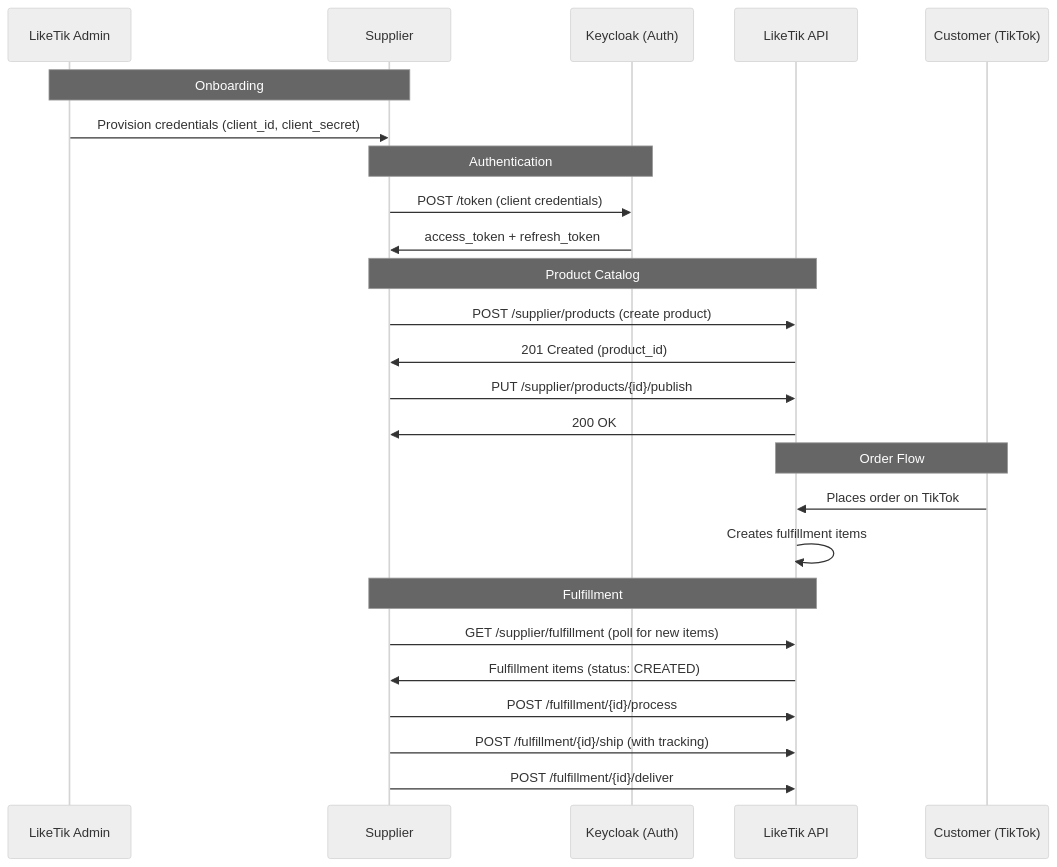
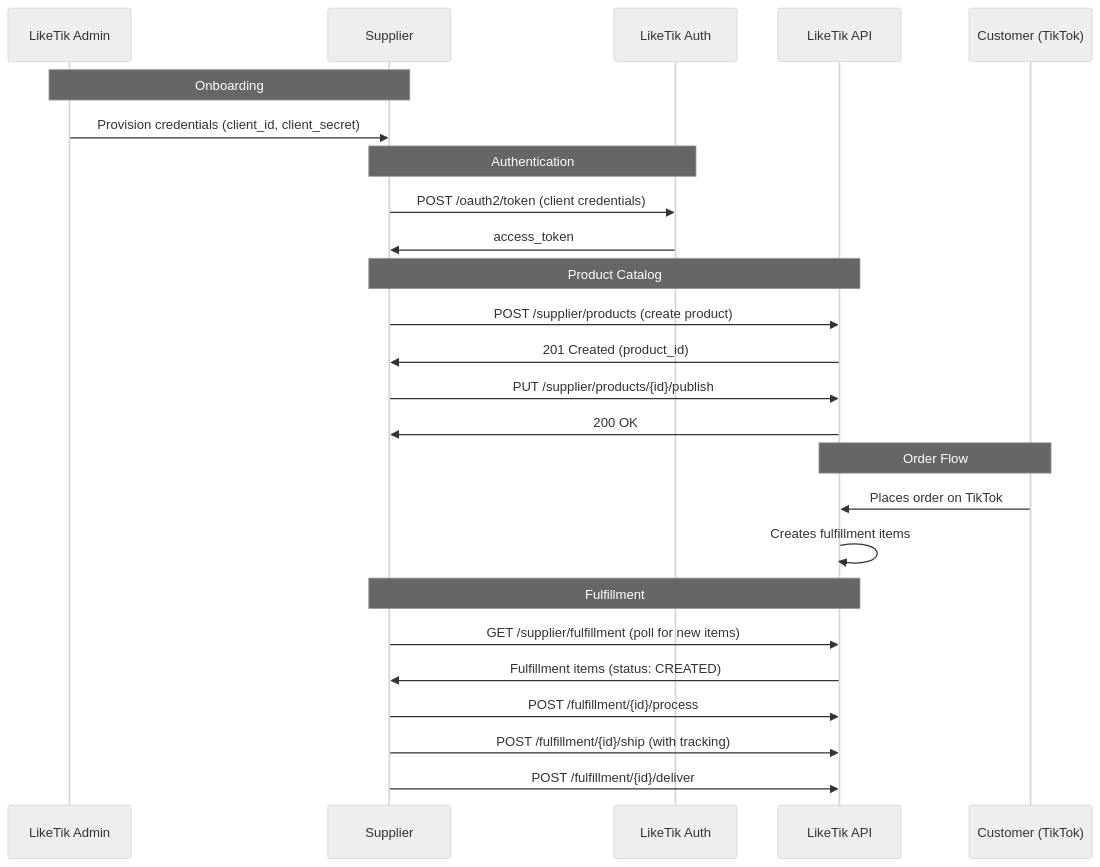
The diagram in src/content/docs/01-overview.md (LikeTik-Development/LikeTik-Backend-Supplier-Docs), drawn with Mermaid (neutral theme) before and after one commit. The commit also changed other lines of this file and 9 other files, not shown here.

Commit message:
docs: self-managed auth (client_credentials, 6h tokens), real base URLs, bulk imports, image mirroring, support@ contact

````diff
--- a/src/content/docs/01-overview.md
+++ b/src/content/docs/01-overview.md
@@ -65,32 +65,32 @@
 ```mermaid
 sequenceDiagram
     participant Admin as LikeTik Admin
     participant Supplier as Supplier
-    participant Keycloak as Keycloak (Auth)
+    participant Auth as LikeTik Auth
     participant API as LikeTik API
     participant Customer as Customer (TikTok)
 
     Note over Admin,Supplier: Onboarding
     Admin->>Supplier: Provision credentials (client_id, client_secret)
 
-    Note over Supplier,Keycloak: Authentication
-    Supplier->>Keycloak: POST /token (client credentials)
-    Keycloak->>Supplier: access_token + refresh_token
+    Note over Supplier,Auth: Authentication
+    Supplier->>Auth: POST /oauth2/token (client credentials)
+    Auth->>Supplier: access_token
 
     Note over Supplier,API: Product Catalog
     Supplier->>API: POST /supplier/products (create product)
     API->>Supplier: 201 Created (product_id)
     Supplier->>API: PUT /supplier/products/{id}/publish
     API->>Supplier: 200 OK
 
     Note over Customer,API: Order Flow
     Customer->>API: Places order on TikTok
     API->>API: Creates fulfillment items
 
     Note over Supplier,API: Fulfillment
     Supplier->>API: GET /supplier/fulfillment (poll for new items)
     API->>Supplier: Fulfillment items (status: CREATED)
     Supplier->>API: POST /fulfillment/{id}/process
     Supplier->>API: POST /fulfillment/{id}/ship (with tracking)
     Supplier->>API: POST /fulfillment/{id}/deliver
 ```
````
